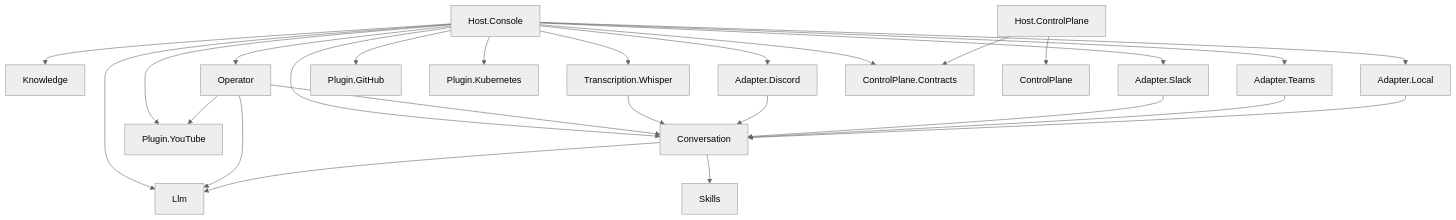
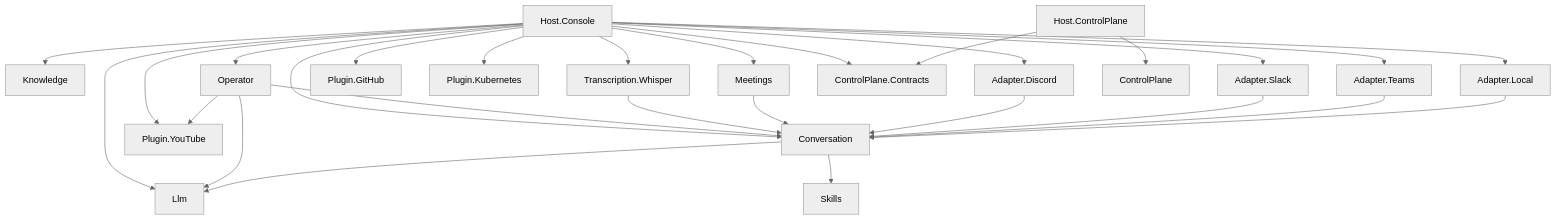
One commit to vitorafgomes/scout changed the diagram in vault/pages/architecture/project-map.md. Above: the diagram before and after it, drawn with Mermaid (neutral theme). The commit also changed other lines of this file and 174 other files, not shown here.

````diff
--- a/vault/pages/architecture/project-map.md
+++ b/vault/pages/architecture/project-map.md
@@ -42,28 +43,30 @@
 ```mermaid
 flowchart TD
     HC[Host.Console] --> Llm
     HC --> Conversation
     HC --> Knowledge
     HC --> Discord[Adapter.Discord]
     HC --> Slack[Adapter.Slack]
     HC --> Teams[Adapter.Teams]
     HC --> Local[Adapter.Local]
     HC --> GH[Plugin.GitHub]
     HC --> K8S[Plugin.Kubernetes]
     HC --> YT[Plugin.YouTube]
     HC --> Op[Operator]
     Op --> Llm
     Op --> Conversation
     Op --> YT
     HC --> Whisper[Transcription.Whisper]
     HC --> Contracts[ControlPlane.Contracts]
     Whisper --> Conversation
+    HC --> Meetings
+    Meetings --> Conversation
     Conversation --> Llm
     Conversation --> Skills
     Discord --> Conversation
     Slack --> Conversation
     Teams --> Conversation
     Local --> Conversation
     HCP[Host.ControlPlane] --> Contracts[ControlPlane.Contracts]
     HCP --> CP[ControlPlane]
 ```
````
